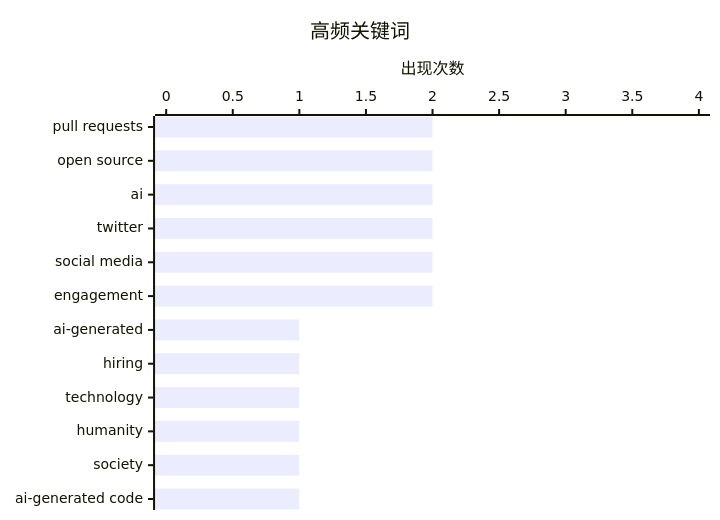
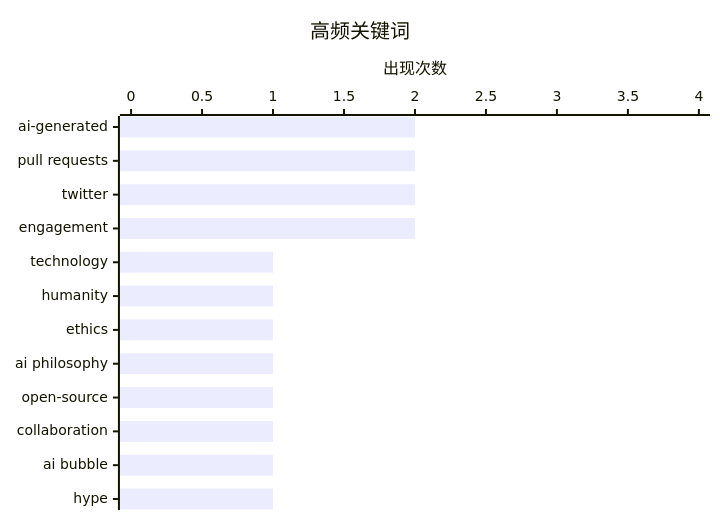
The second of 2 diagrams in content/digest_2026-06-06.md (SamhooXee/aidigest), drawn with Mermaid before and after one commit. The commit also changed other lines of this file, not shown here.

````diff
--- a/content/digest_2026-06-06.md
+++ b/content/digest_2026-06-06.md
@@ -65,7 +66,7 @@
 ```mermaid
 xychart-beta horizontal
     title "高频关键词"
-    x-axis ["pull requests", "open source", "ai", "twitter", "social media", "engagement", "ai-generated", "hiring", "technology", "humanity", "society", "ai-generated code"]
+    x-axis ["ai-generated", "pull requests", "twitter", "engagement", "technology", "humanity", "ethics", "ai philosophy", "open-source", "collaboration", "ai bubble", "hype"]
     y-axis "出现次数" 0 --> 4
-    bar [2, 2, 2, 2, 2, 2, 1, 1, 1, 1, 1, 1]
+    bar [2, 2, 2, 2, 1, 1, 1, 1, 1, 1, 1, 1]
 ```
````
